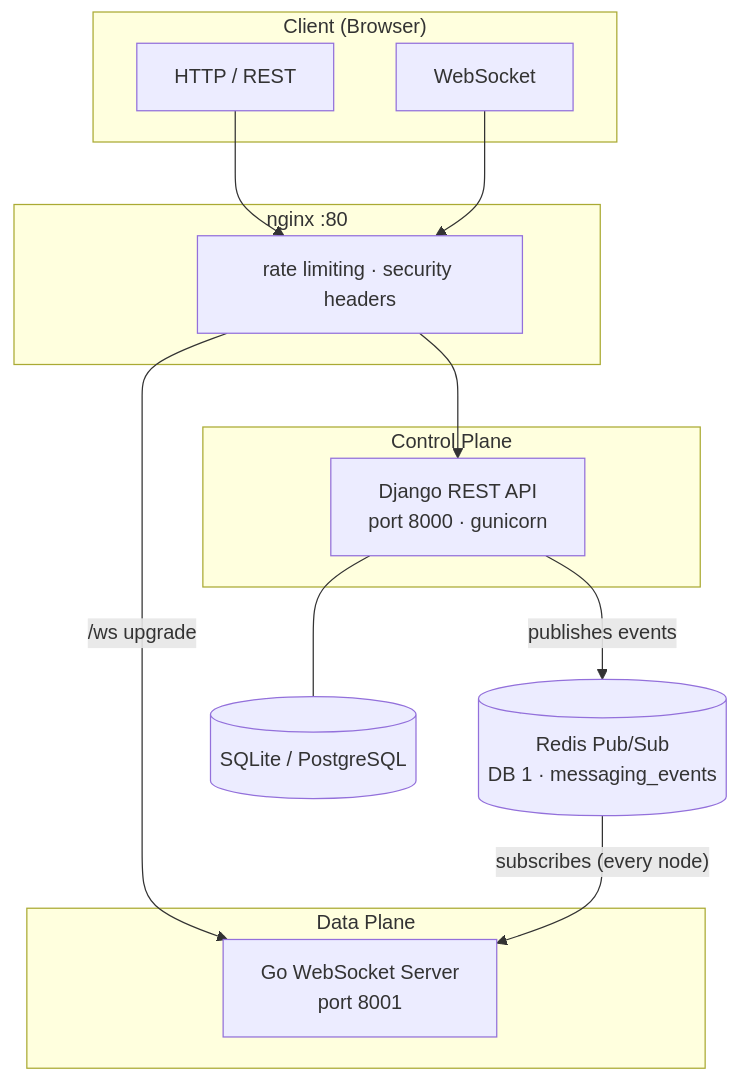
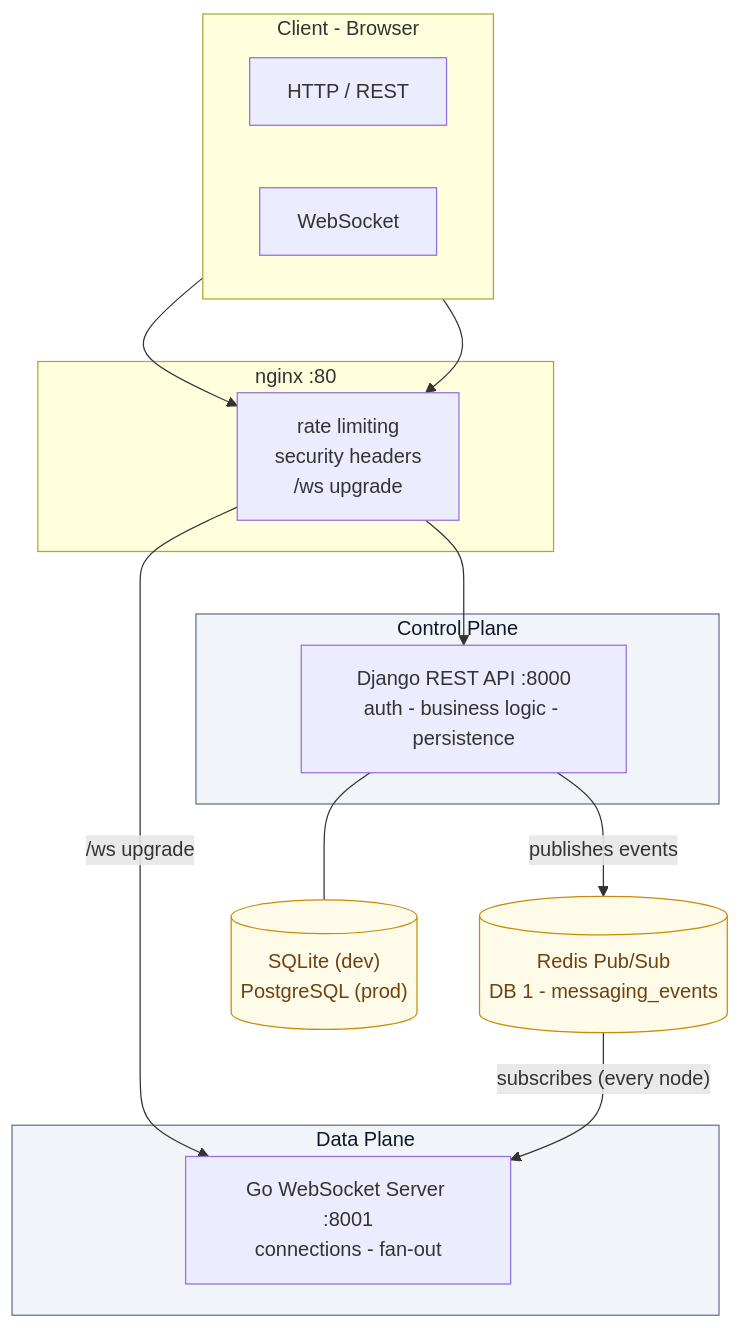
The first of 2 diagrams in README.md (Kyei-Ernest/distributed-messaging-api), drawn with Mermaid before and after one commit. The commit also changed other lines of this file, not shown here.

Commit message:
readme: redesign with badges, toc, styled diagrams, grouped features

````diff
--- a/README.md
+++ b/README.md
@@ -28,30 +50,36 @@
 ```mermaid
 flowchart TB
-    subgraph CLIENT["Client (Browser)"]
+    subgraph CLIENT["Client - Browser"]
+        direction LR
         REST["HTTP / REST"]
         WSSOCK["WebSocket"]
     end
 
     subgraph EDGE["nginx :80"]
-        PROXY["rate limiting · security headers"]
+        PROXY["rate limiting<br/>security headers<br/>/ws upgrade"]
     end
 
     subgraph CONTROL["Control Plane"]
-        DJANGO["Django REST API<br/>port 8000 · gunicorn"]
+        DJANGO["Django REST API :8000<br/>auth - business logic - persistence"]
     end
 
     subgraph DATA["Data Plane"]
-        GO["Go WebSocket Server<br/>port 8001"]
+        GO["Go WebSocket Server :8001<br/>connections - fan-out"]
     end
 
-    REDIS[("Redis Pub/Sub<br/>DB 1 · messaging_events")]
-    DB[("SQLite / PostgreSQL")]
+    REDIS[("Redis Pub/Sub<br/>DB 1 - messaging_events")]
+    DB[("SQLite (dev)<br/>PostgreSQL (prod)")]
 
     REST --> PROXY
     WSSOCK --> PROXY
     PROXY --> DJANGO
     PROXY -- "/ws upgrade" --> GO
     DJANGO -- "publishes events" --> REDIS
     REDIS -- "subscribes (every node)" --> GO
     DJANGO --- DB
+
+    classDef plane fill:#f1f5f9,stroke:#64748b,color:#0f172a
+    classDef store fill:#fefce8,stroke:#ca8a04,color:#713f12
+    class CONTROL,DATA plane
+    class REDIS,DB store
 ```
````
